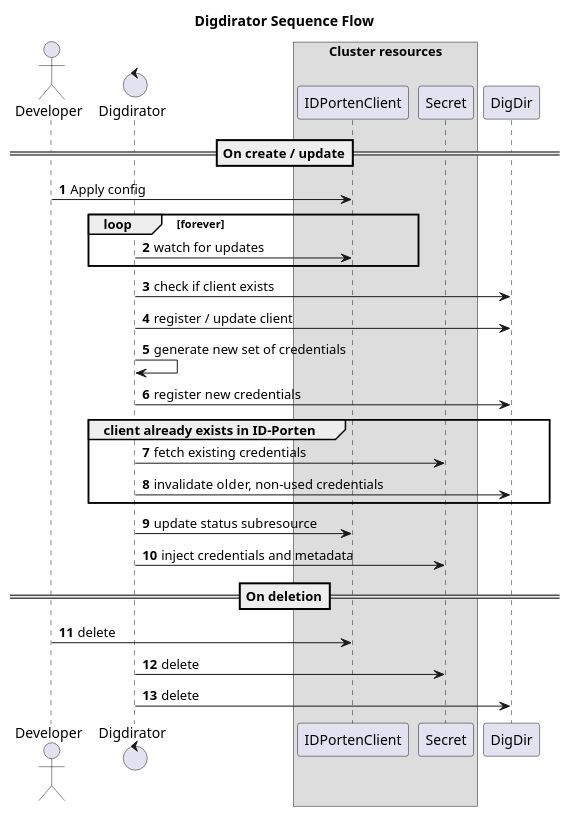
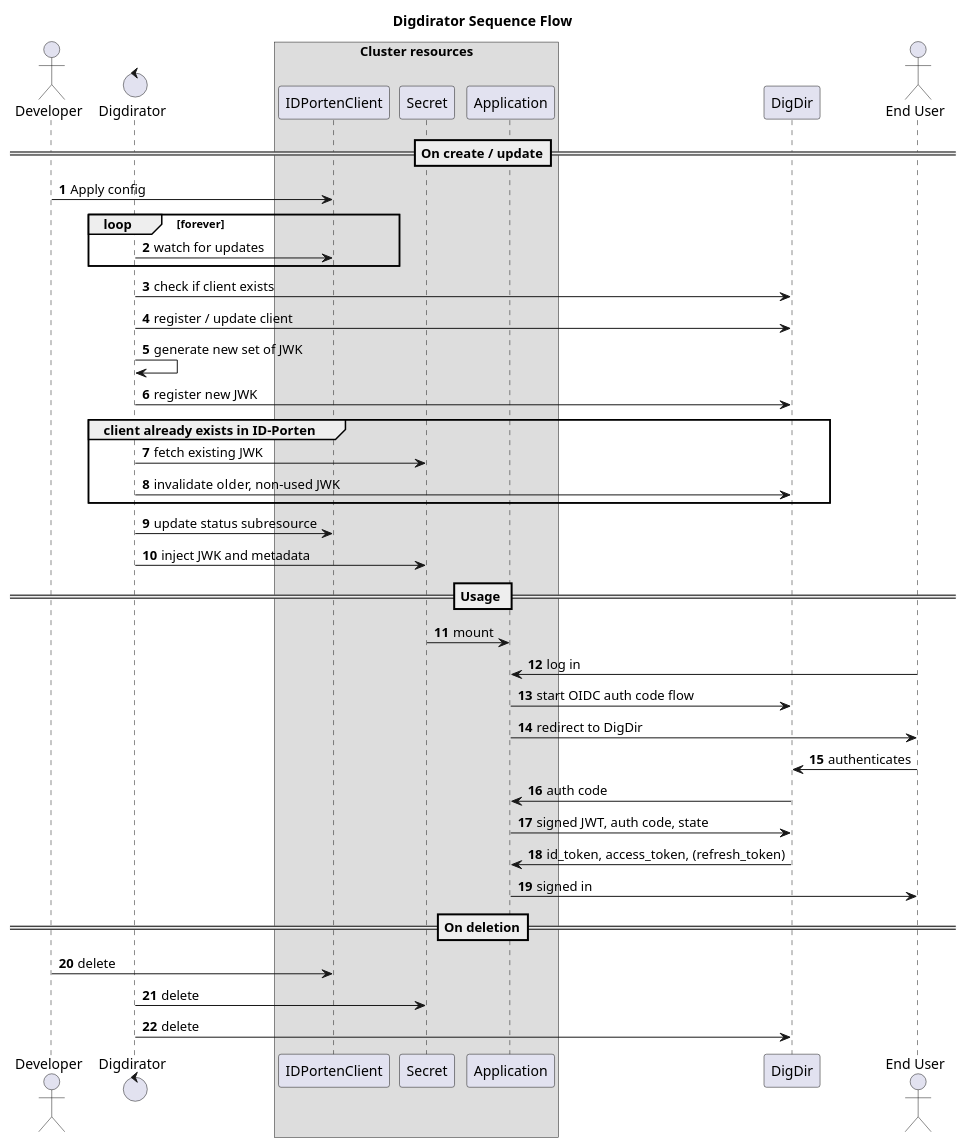
The diagram in docs/sequence.puml (nais/digdirator), drawn with PlantUML before and after one commit. The commit also changed 1 other file, not shown here.

Commit message:
docs: update sequence diagram

```diff
--- a/docs/sequence.puml
+++ b/docs/sequence.puml
@@ -1,41 +1,55 @@
 @startuml component
 title Digdirator Sequence Flow
 skinparam maxMessageSize 300
 autonumber
 
 actor developer as "Developer"
 control digdirator as "Digdirator"
 
 box "Cluster resources"
 participant IDPortenClient
 participant Secret
+participant Application
 end box
 
 participant digdir as "DigDir"
+actor enduser as "End User"
 
 ==On create / update==
 developer -> IDPortenClient: Apply config
 
 loop forever
 	digdirator -> IDPortenClient: watch for updates
 end
 
 digdirator -> digdir: check if client exists
 digdirator -> digdir: register / update client
-digdirator -> digdirator: generate new set of credentials
-digdirator -> digdir: register new credentials
+digdirator -> digdirator: generate new set of JWK
+digdirator -> digdir: register new JWK
 
 group client already exists in ID-Porten
-    digdirator -> Secret: fetch existing credentials
-    digdirator -> digdir: invalidate older, non-used credentials
+    digdirator -> Secret: fetch existing JWK
+    digdirator -> digdir: invalidate older, non-used JWK
 end
 
 digdirator -> IDPortenClient: update status subresource
-digdirator -> Secret: inject credentials and metadata
+digdirator -> Secret: inject JWK and metadata
+
+== Usage ==
+
+Secret -> Application: mount
+enduser -> Application: log in
+Application -> digdir: start OIDC auth code flow
+Application -> enduser: redirect to DigDir
+enduser -> digdir: authenticates
+digdir -> Application: auth code
+Application -> digdir: signed JWT, auth code, state
+digdir -> Application: id_token, access_token, (refresh_token)
+Application -> enduser: signed in
 
 ==On deletion==
     developer -> IDPortenClient: delete
     digdirator -> Secret: delete
     digdirator -> digdir: delete
 
 @enduml
```
